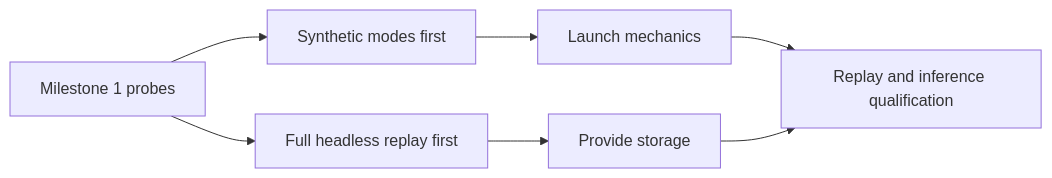
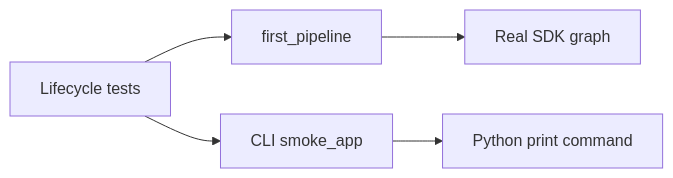
One commit to Cutuy/doramcap changed the second of 2 diagrams in libs/workload-holoscan/docs/111626-holoscan-stack-log.md. Above: the diagram before and after it, drawn with Mermaid. The commit also changed other lines of this file, not shown here.

Commit message:
Record ready lifecycle prerequisite and lightweight probe choice

````diff
--- a/libs/workload-holoscan/docs/111626-holoscan-stack-log.md
+++ b/libs/workload-holoscan/docs/111626-holoscan-stack-log.md
@@ -62,9 +63,7 @@
 ```mermaid
 flowchart LR
-  P[Milestone 1 probes] --> S[Synthetic modes first]
-  P --> R[Full headless replay first]
-  S --> M[Launch mechanics]
-  M --> F[Replay and inference qualification]
-  R --> D[Provide storage]
-  D --> F
+  P[Lifecycle tests] --> S[first_pipeline]
+  P --> R[CLI smoke_app]
+  S --> G[Real SDK graph]
+  R --> C[Python print command]
 ```
````
